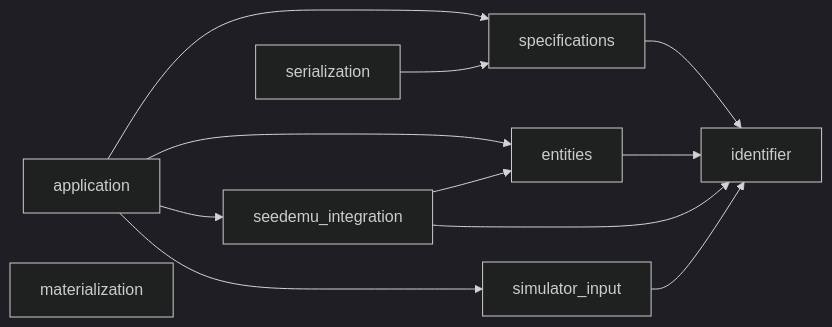
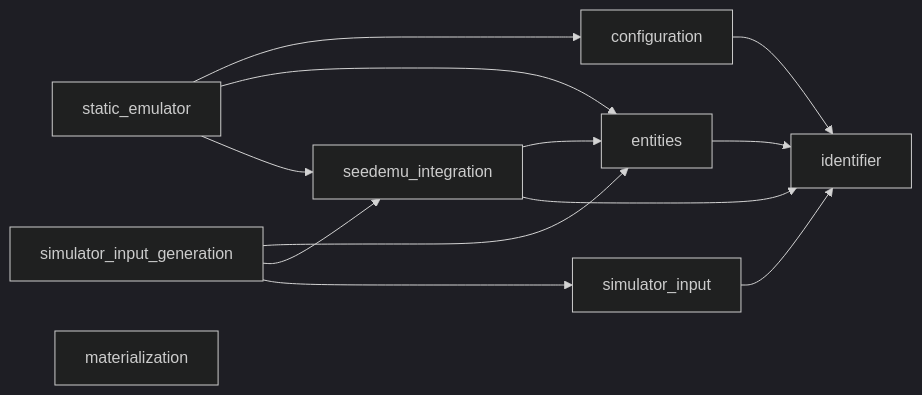
Before and after one commit to seed-labs/skyseed: the first of 7 diagrams in skyseed_v2/docs/architecture/diagrams.md, drawn with Mermaid (dark theme). The commit also changed other lines of this file and 61 other files, not shown here.

Commit message:
Clarify static configuration and orbital data ownership

````diff
--- a/skyseed_v2/docs/architecture/diagrams.md
+++ b/skyseed_v2/docs/architecture/diagrams.md
@@ -8,22 +8,23 @@
 ```mermaid
 flowchart LR
     ENT[entities]
     SEED[seedemu_integration]
     INPUT[simulator_input]
-    SPEC[specifications]
-    SER[serialization]
-    APP[application]
+    CONFIG[configuration]
+    CREATE[static_emulator]
+    GENERATE[simulator_input_generation]
     MAT[materialization]
     ID[identifier]
 
     SEED --> ENT
     ENT --> ID
     SEED --> ID
     INPUT --> ID
-    SPEC --> ID
-    SER --> SPEC
-    APP --> SPEC
-    APP --> ENT
-    APP --> SEED
-    APP --> INPUT
+    CONFIG --> ID
+    CREATE --> CONFIG
+    CREATE --> ENT
+    CREATE --> SEED
+    GENERATE --> ENT
+    GENERATE --> SEED
+    GENERATE --> INPUT
 ```
````
